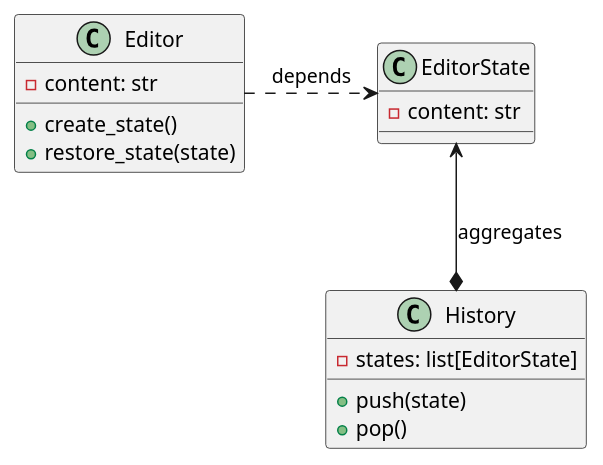
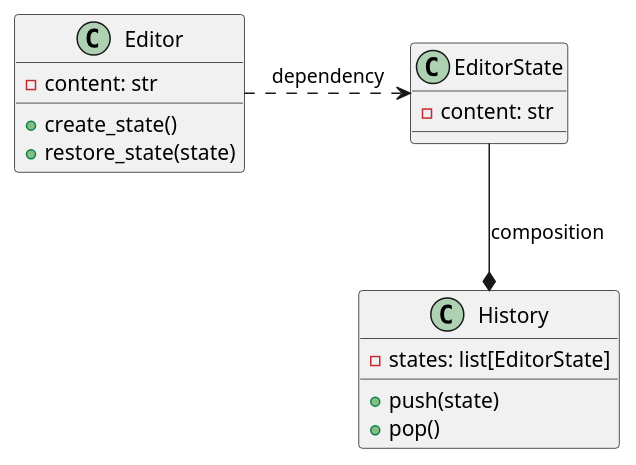
Before and after one commit to mateuszdorobek/python3.info: the diagram in design-patterns/behavioral/uml/designpatterns-memento-problem.md, drawn with PlantUML. The commit also changed 39 other files, not shown here.

````diff
--- a/design-patterns/behavioral/uml/designpatterns-memento-problem.md
+++ b/design-patterns/behavioral/uml/designpatterns-memento-problem.md
@@ -1,22 +1,22 @@
 ```plantuml
 
 class Editor {
     - content: str
     + create_state()
     + restore_state(state)
 }
 
 class EditorState {
     - content: str
 }
 
 class History {
     - states: list[EditorState]
     + push(state)
     + pop()
 }
 
-EditorState <-down[plain]-* History : aggregates
-Editor -right[dashed]-> EditorState : depends
+EditorState -down[plain]-* History : composition
+Editor -right[dashed]-> EditorState : dependency
 
 ```
````
